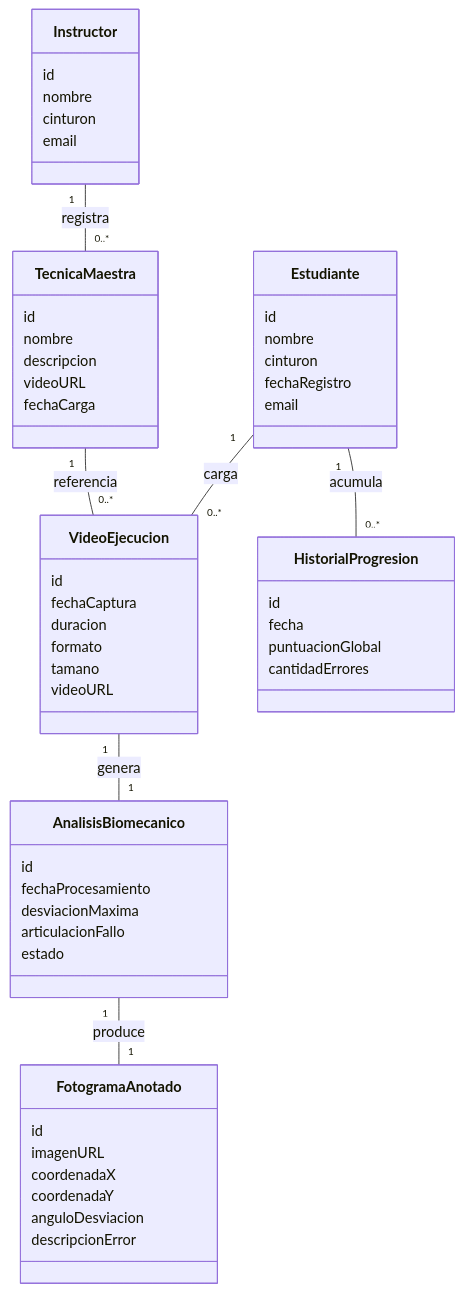
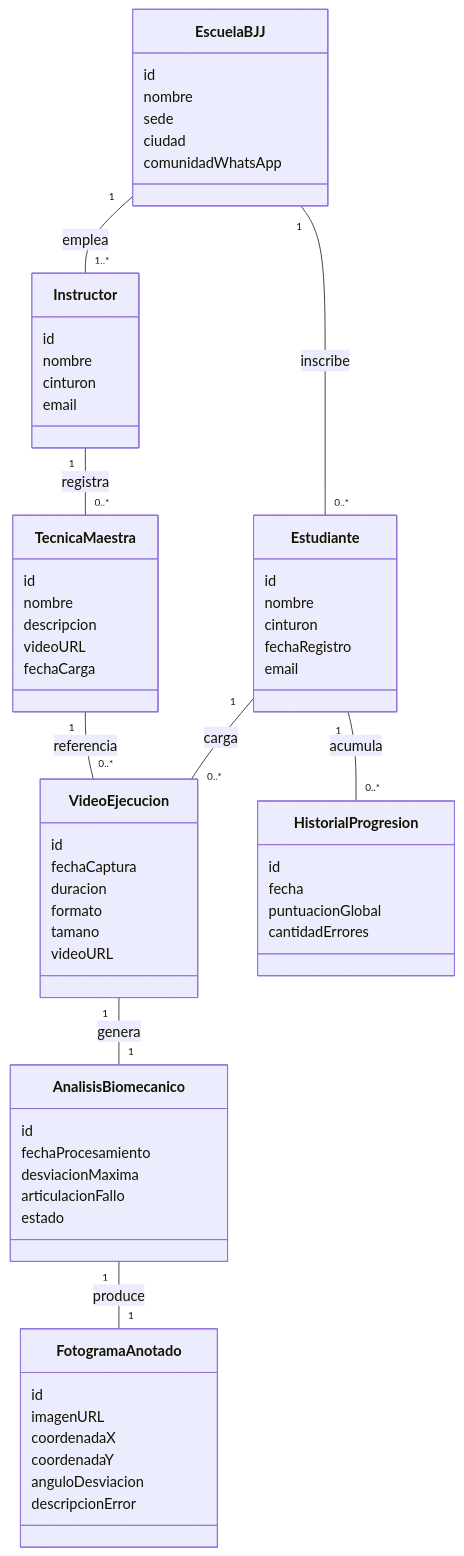
Before and after one commit to Tsmrain/JiuJitsu: the third of 3 diagrams in README.md, drawn with Mermaid. The commit also changed other lines of this file, not shown here.

Commit message:
docs: refactor use cases to encapsulate internal backend processes and add EscuelaBJJ entity to domain model

````diff
--- a/README.md
+++ b/README.md
@@ -587,59 +610,68 @@
 ```mermaid
 classDiagram
+    class EscuelaBJJ {
+        id
+        nombre
+        sede
+        ciudad
+        comunidadWhatsApp
+    }
     class Instructor {
         id
         nombre
         cinturon
         email
     }
     class Estudiante {
         id
         nombre
         cinturon
         fechaRegistro
         email
     }
     class TecnicaMaestra {
         id
         nombre
         descripcion
         videoURL
         fechaCarga
     }
     class VideoEjecucion {
         id
         fechaCaptura
         duracion
         formato
         tamano
         videoURL
     }
     class AnalisisBiomecanico {
         id
         fechaProcesamiento
         desviacionMaxima
         articulacionFallo
         estado
     }
     class FotogramaAnotado {
         id
         imagenURL
         coordenadaX
         coordenadaY
         anguloDesviacion
         descripcionError
     }
     class HistorialProgresion {
         id
         fecha
         puntuacionGlobal
         cantidadErrores
     }
 
+    EscuelaBJJ "1" -- "1..*" Instructor : emplea
+    EscuelaBJJ "1" -- "0..*" Estudiante : inscribe
     Instructor "1" -- "0..*" TecnicaMaestra : registra
     Estudiante "1" -- "0..*" VideoEjecucion : carga
     TecnicaMaestra "1" -- "0..*" VideoEjecucion : referencia
     VideoEjecucion "1" -- "1" AnalisisBiomecanico : genera
     AnalisisBiomecanico "1" -- "1" FotogramaAnotado : produce
     Estudiante "1" -- "0..*" HistorialProgresion : acumula
 ```
````
